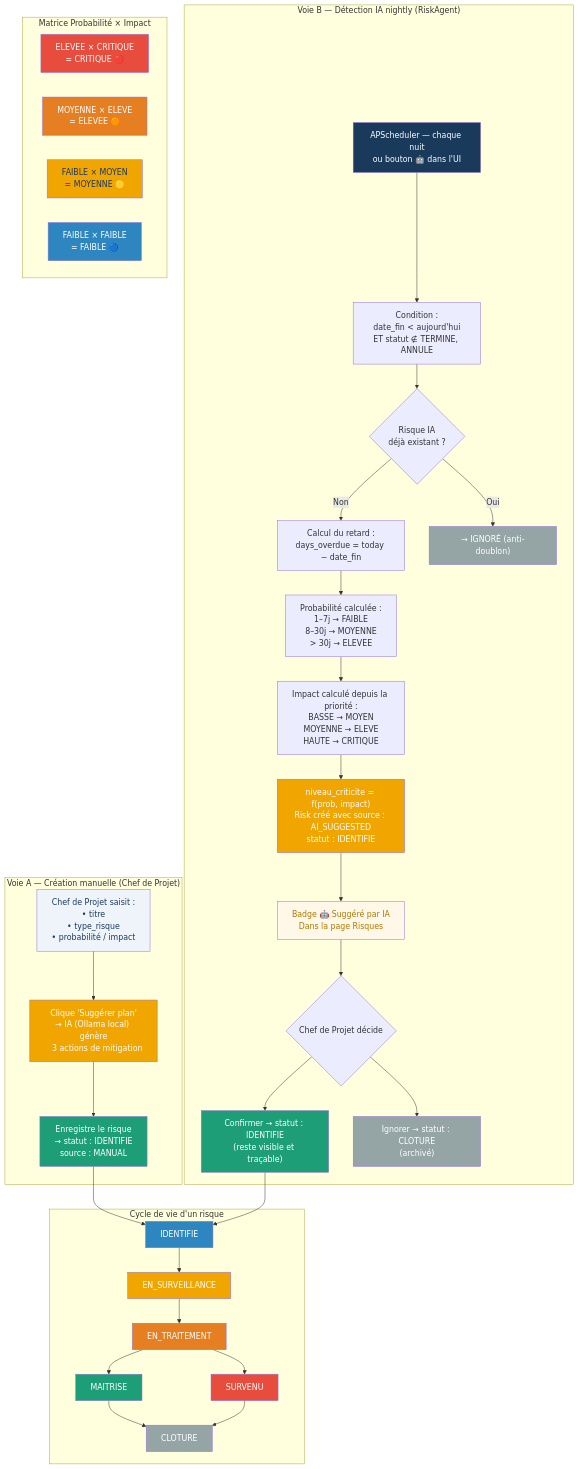
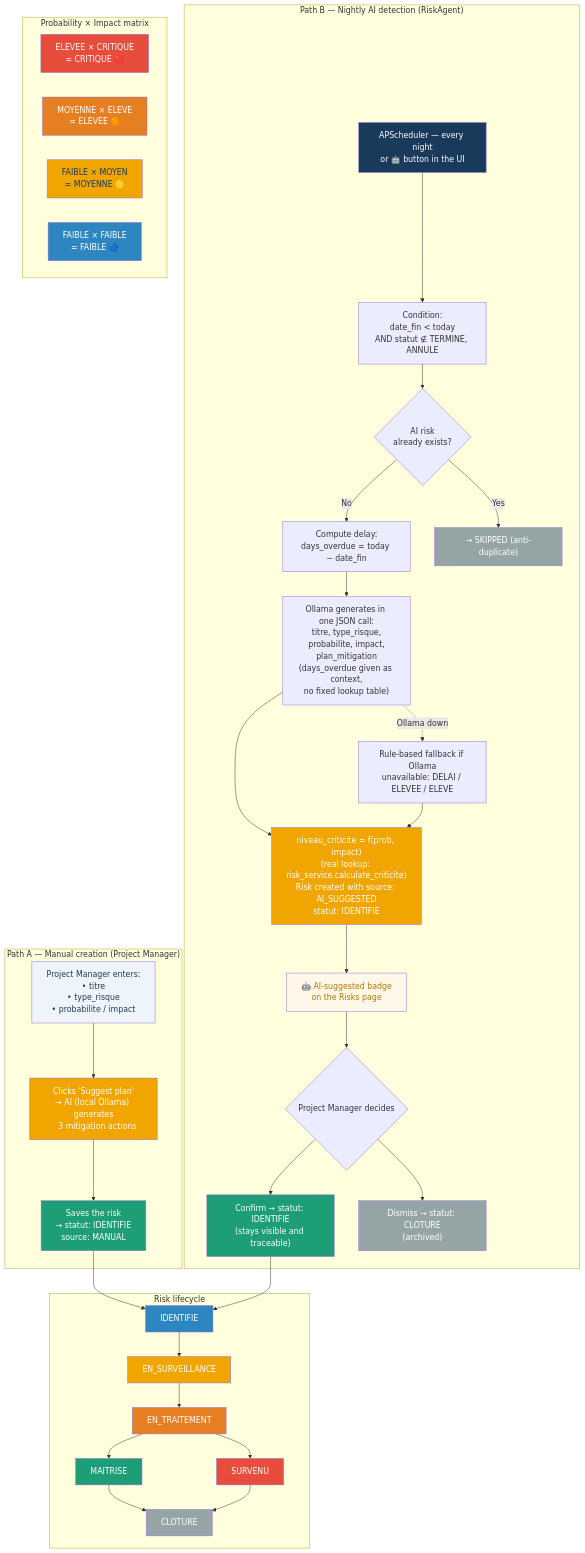
One commit to bayaCh05/biat-billing-agent changed the diagram in docs/diagrams/16_workflow_gestion_risques.md. Above: the diagram before and after it, drawn with Mermaid. The commit also changed other lines of this file and 22 other files, not shown here.

````diff
--- a/docs/diagrams/16_workflow_gestion_risques.md
+++ b/docs/diagrams/16_workflow_gestion_risques.md
@@ -4,77 +15,80 @@
 ```mermaid
 flowchart TB
 
-  subgraph MANUAL["Voie A — Création manuelle (Chef de Projet)"]
-    M1["Chef de Projet saisit :\n• titre\n• type_risque\n• probabilité / impact"]
-    M2["Clique 'Suggérer plan'\n→ IA (Ollama local) génère\n   3 actions de mitigation"]
-    M3["Enregistre le risque\n→ statut : IDENTIFIE\n   source : MANUAL"]
+  subgraph MANUAL["Path A — Manual creation (Project Manager)"]
+    M1["Project Manager enters:\n• titre\n• type_risque\n• probabilite / impact"]
+    M2["Clicks 'Suggest plan'\n→ AI (local Ollama) generates\n   3 mitigation actions"]
+    M3["Saves the risk\n→ statut: IDENTIFIE\n   source: MANUAL"]
     M1 --> M2 --> M3
   end
 
-  subgraph AUTO["Voie B — Détection IA nightly (RiskAgent)"]
-    A1["APScheduler — chaque nuit\nou bouton 🤖 dans l'UI"]
-    A2["Condition :\ndate_fin < aujourd'hui\nET statut ∉ TERMINE, ANNULE"]
-    A3["Calcul du retard :\ndays_overdue = today − date_fin"]
-    A4["Probabilité calculée :\n1–7j → FAIBLE\n8–30j → MOYENNE\n> 30j → ELEVEE"]
-    A5["Impact calculé depuis la priorité :\nBASSE → MOYEN\nMOYENNE → ELEVE\nHAUTE → CRITIQUE"]
-    A6["niveau_criticite = f(prob, impact)\nRisk créé avec source : AI_SUGGESTED\nstatut : IDENTIFIE"]
-    A7{"Risque IA\ndéjà existant ?"}
-    A8["→ IGNORÉ (anti-doublon)"]
-    A9["Badge 🤖 Suggéré par IA\nDans la page Risques"]
-    A10{"Chef de Projet décide"}
-    A11["Confirmer → statut : IDENTIFIE\n(reste visible et traçable)"]
-    A12["Ignorer → statut : CLOTURE\n(archivé)"]
+  subgraph AUTO["Path B — Nightly AI detection (RiskAgent)"]
+    A1["APScheduler — every night\nor 🤖 button in the UI"]
+    A2["Condition:\ndate_fin < today\nAND statut ∉ TERMINE, ANNULE"]
+    A3["Compute delay:\ndays_overdue = today − date_fin"]
+    A4["Ollama generates in one JSON call:\ntitre, type_risque,\nprobabilite, impact,\nplan_mitigation\n(days_overdue given as context,\nno fixed lookup table)"]
+    A5["Rule-based fallback if Ollama\nunavailable: DELAI / ELEVEE / ELEVE"]
+    A6["niveau_criticite = f(prob, impact)\n(real lookup: risk_service.calculate_criticite)\nRisk created with source: AI_SUGGESTED\nstatut: IDENTIFIE"]
+    A7{"AI risk\nalready exists?"}
+    A8["→ SKIPPED (anti-duplicate)"]
+    A9["🤖 AI-suggested badge\non the Risks page"]
+    A10{"Project Manager decides"}
+    A11["Confirm → statut: IDENTIFIE\n(stays visible and traceable)"]
+    A12["Dismiss → statut: CLOTURE\n(archived)"]
 
     A1 --> A2 --> A7
-    A7 -->|"Oui"| A8
-    A7 -->|"Non"| A3 --> A4 --> A5 --> A6 --> A9 --> A10
+    A7 -->|"Yes"| A8
+    A7 -->|"No"| A3 --> A4
+    A4 --> A6
+    A4 -.->|"Ollama down"| A5 --> A6
+    A6 --> A9 --> A10
     A10 --> A11
     A10 --> A12
   end
 
-  subgraph LIFECYCLE["Cycle de vie d'un risque"]
+  subgraph LIFECYCLE["Risk lifecycle"]
     S1["IDENTIFIE"]
     S2["EN_SURVEILLANCE"]
     S3["EN_TRAITEMENT"]
     S4["MAITRISE"]
     S5["SURVENU"]
     S6["CLOTURE"]
 
     S1 --> S2 --> S3
     S3 --> S4
     S3 --> S5
     S4 --> S6
     S5 --> S6
   end
 
-  subgraph MATRIX["Matrice Probabilité × Impact"]
+  subgraph MATRIX["Probability × Impact matrix"]
     direction LR
     MH["ELEVEE × CRITIQUE\n= CRITIQUE 🔴"]
     MM["MOYENNE × ELEVE\n= ELEVEE 🟠"]
     ML["FAIBLE × MOYEN\n= MOYENNE 🟡"]
     LL["FAIBLE × FAIBLE\n= FAIBLE 🔵"]
   end
 
   M3 --> S1
   A11 --> S1
 
   style M1 fill:#EFF4FA,color:#1A3A5C
   style M2 fill:#F0A500,color:#FFFFFF
   style M3 fill:#1D9E76,color:#FFFFFF
   style A1 fill:#1A3A5C,color:#FFFFFF
   style A6 fill:#F0A500,color:#FFFFFF
   style A9 fill:#FFF8E8,color:#B07800
   style A11 fill:#1D9E76,color:#FFFFFF
   style A12 fill:#95A5A6,color:#FFFFFF
   style A8 fill:#95A5A6,color:#FFFFFF
   style S1 fill:#2E86C1,color:#FFFFFF
   style S2 fill:#F0A500,color:#FFFFFF
   style S3 fill:#E67E22,color:#FFFFFF
   style S4 fill:#1D9E76,color:#FFFFFF
   style S5 fill:#E74C3C,color:#FFFFFF
   style S6 fill:#95A5A6,color:#FFFFFF
   style MH fill:#E74C3C,color:#FFFFFF
   style MM fill:#E67E22,color:#FFFFFF
   style ML fill:#F0A500,color:#1A3A5C
   style LL fill:#2E86C1,color:#FFFFFF
 ```
````
